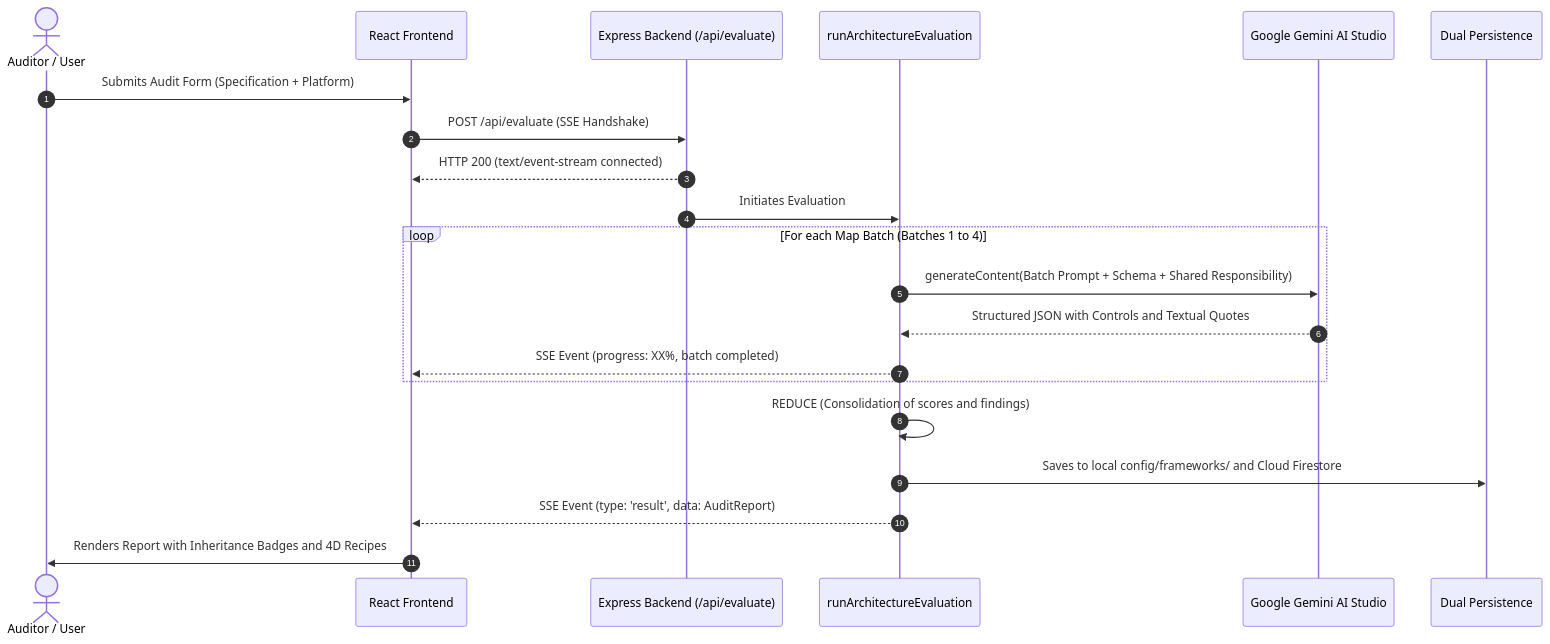
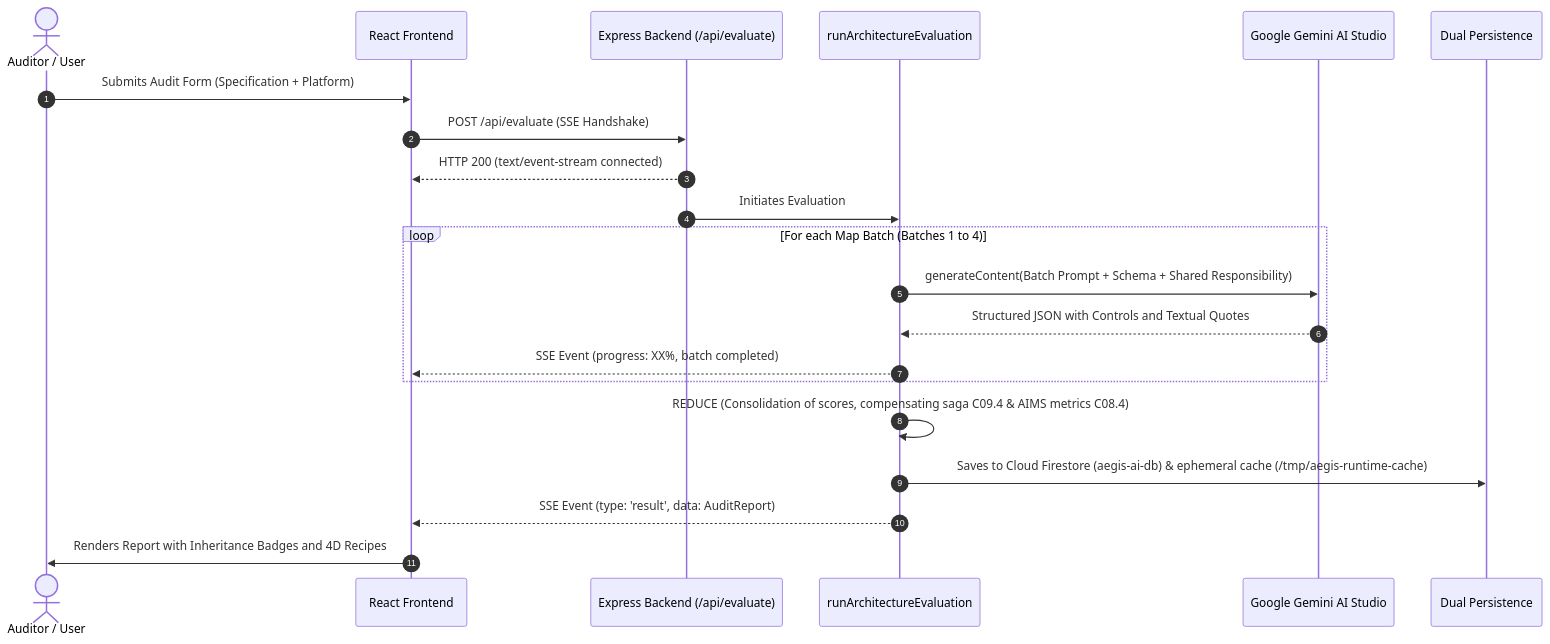
The second of 3 diagrams in docs/Manuals_english/2_SOFTWARE_ARCHITECTURE_DOCUMENT.md (fjhuerta-67/AegisAI), drawn with Mermaid before and after one commit. The commit also changed other lines of this file and 77 other files, not shown here.

Commit message:
Self-audit hardening release: keyless Vertex AI backend, Cloud IAP perimeter, hardened Firestore rules and tests, framework integrity manifest, ISO/IEC 42001 AIMS governance manual, deployment tooling, refreshed bilingual docs and decks

````diff
--- a/docs/Manuals_english/2_SOFTWARE_ARCHITECTURE_DOCUMENT.md
+++ b/docs/Manuals_english/2_SOFTWARE_ARCHITECTURE_DOCUMENT.md
@@ -174,26 +174,26 @@
 ```mermaid
 sequenceDiagram
     autonumber
     actor User as Auditor / User
     participant FE as React Frontend
     participant API as Express Backend (/api/evaluate)
     participant Engine as runArchitectureEvaluation
     participant Gemini as Google Gemini AI Studio
     participant Storage as Dual Persistence
 
     User->>FE: Submits Audit Form (Specification + Platform)
     FE->>API: POST /api/evaluate (SSE Handshake)
     API-->>FE: HTTP 200 (text/event-stream connected)
     API->>Engine: Initiates Evaluation
     
     loop For each Map Batch (Batches 1 to 4)
         Engine->>Gemini: generateContent(Batch Prompt + Schema + Shared Responsibility)
         Gemini-->>Engine: Structured JSON with Controls and Textual Quotes
         Engine-->>FE: SSE Event (progress: XX%, batch completed)
     end
 
-    Engine->>Engine: REDUCE (Consolidation of scores and findings)
-    Engine->>Storage: Saves to local config/frameworks/ and Cloud Firestore
+    Engine->>Engine: REDUCE (Consolidation of scores, compensating saga C09.4 & AIMS metrics C08.4)
+    Engine->>Storage: Saves to Cloud Firestore (aegis-ai-db) & ephemeral cache (/tmp/aegis-runtime-cache)
     Engine-->>FE: SSE Event (type: 'result', data: AuditReport)
     FE->>User: Renders Report with Inheritance Badges and 4D Recipes
 ```
````
